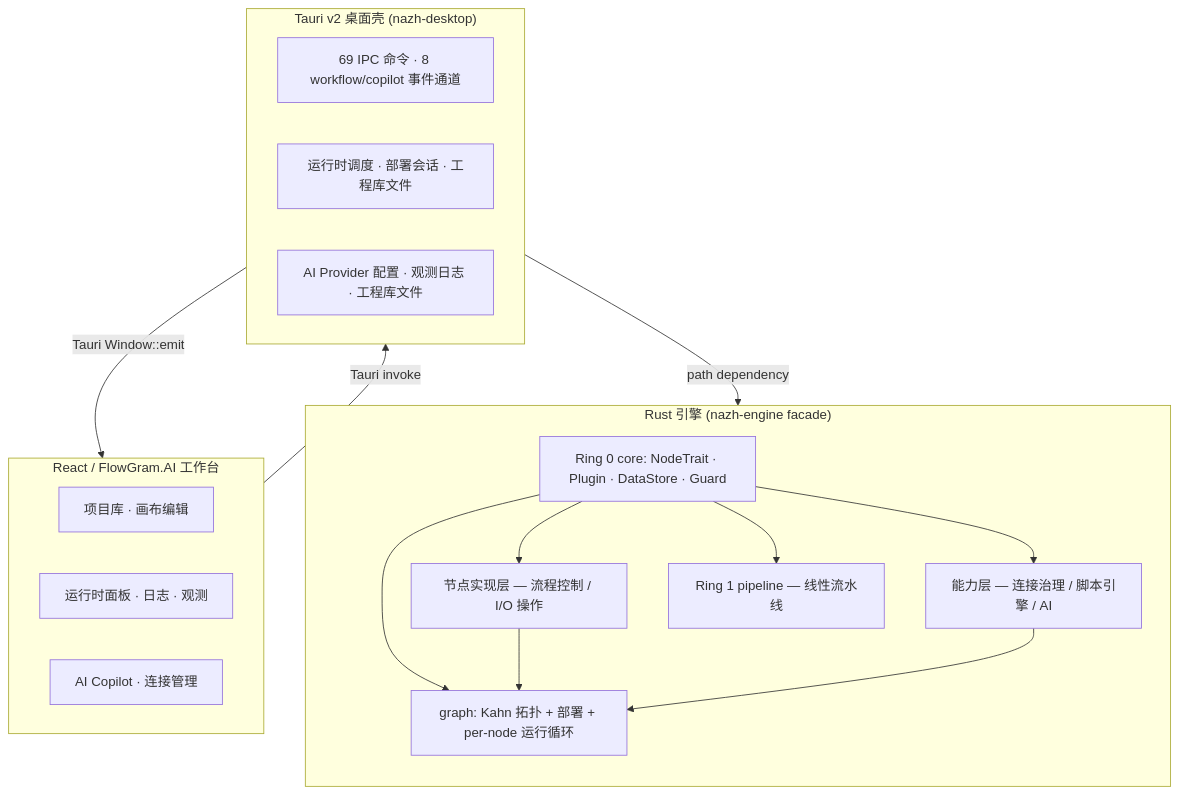
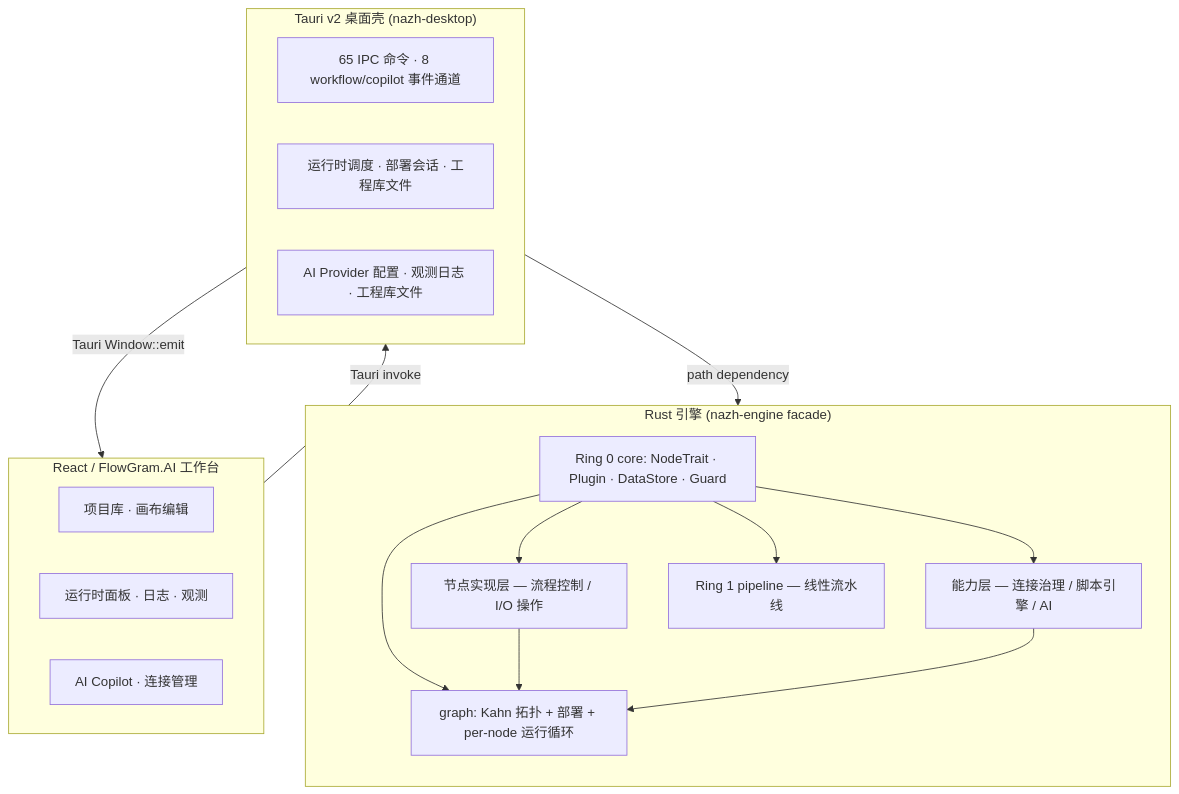
Before and after one commit to ssXue/Nazh: the diagram in README.md, drawn with Mermaid. The commit also changed 21 other files, not shown here.

````diff
--- a/README.md
+++ b/README.md
@@ -47,33 +47,33 @@
 ```mermaid
 flowchart TB
     subgraph Frontend["React / FlowGram.AI 工作台"]
         F1["项目库 · 画布编辑"]
         F2["运行时面板 · 日志 · 观测"]
         F3["AI Copilot · 连接管理"]
     end
 
     subgraph Shell["Tauri v2 桌面壳 (nazh-desktop)"]
-        S1["69 IPC 命令 · 8 workflow/copilot 事件通道"]
+        S1["65 IPC 命令 · 8 workflow/copilot 事件通道"]
         S2["运行时调度 · 部署会话 · 工程库文件"]
         S3["AI Provider 配置 · 观测日志 · 工程库文件"]
     end
 
     subgraph Engine["Rust 引擎 (nazh-engine facade)"]
         direction TB
         C0["Ring 0 core: NodeTrait · Plugin · DataStore · Guard"]
         C1a["节点实现层 — 流程控制 / I/O 操作"]
         C1b["能力层 — 连接治理 / 脚本引擎 / AI"]
         C1c["Ring 1 pipeline — 线性流水线"]
         G["graph: Kahn 拓扑 + 部署 + per-node 运行循环"]
         C0 --> C1a
         C0 --> C1b
         C0 --> C1c
         C0 --> G
         C1a --> G
         C1b --> G
     end
 
     Frontend -- "Tauri invoke" --> Shell
     Shell -- "Tauri Window::emit" --> Frontend
     Shell -- "path dependency" --> Engine
 ```
````
